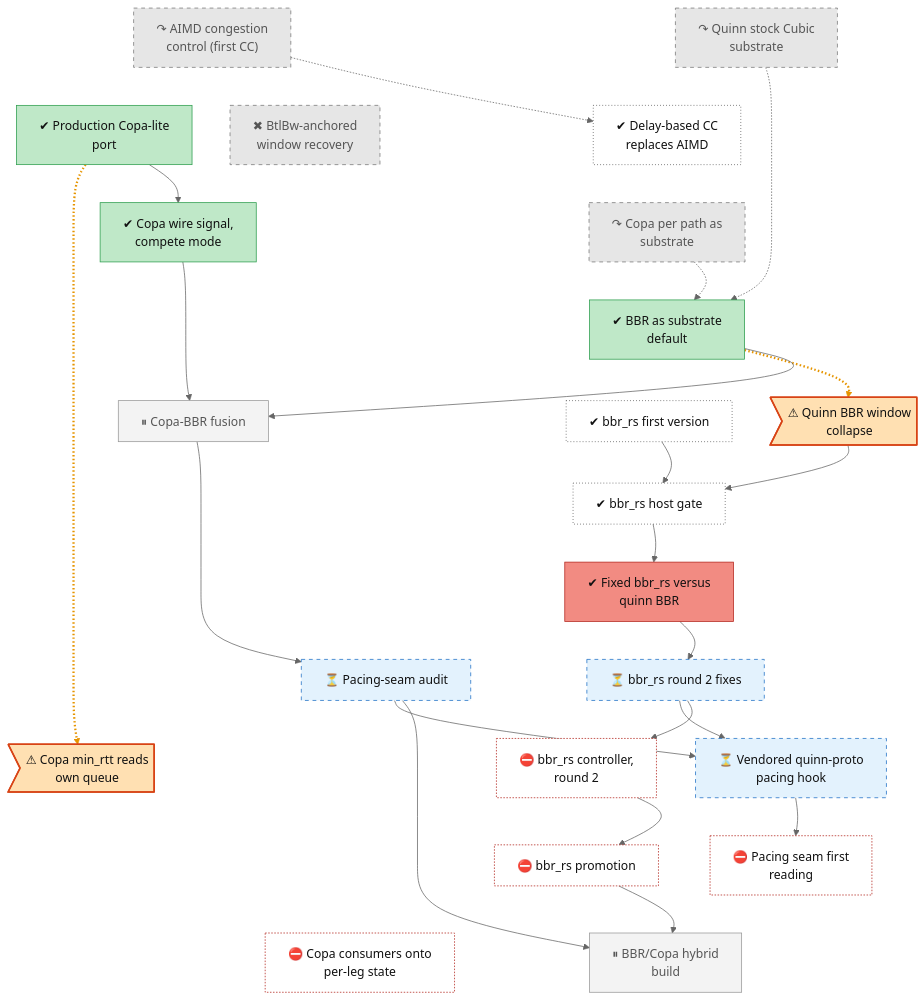
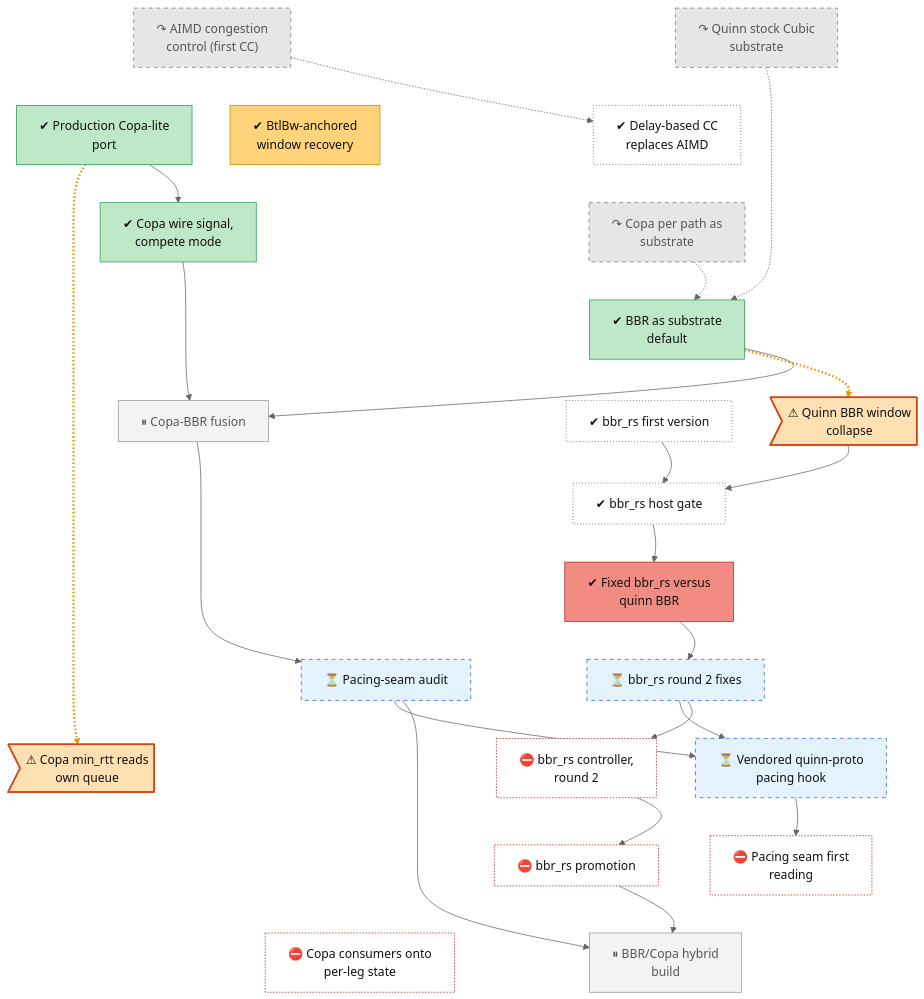
Before and after one commit to lhns/raptorpath: the diagram in docs/roadmap/tracks/cc.md, drawn with Mermaid (neutral theme). The commit also changed other lines of this file and 17 other files, not shown here.

First line of the commit message:
roadmap: apply the merged-roadmap review

```diff
--- a/docs/roadmap/tracks/cc.md
+++ b/docs/roadmap/tracks/cc.md
@@ -13,7 +13,7 @@
     cc_aimd_v1["↷ AIMD congestion<br/>control (first CC)"]
     cc_early_delay_cc["✔ Delay-based CC<br/>replaces AIMD"]
     cc_copa_lite["✔ Production Copa-lite<br/>port"]
-    cc_btlbw_recovery["✖ BtlBw-anchored<br/>window recovery"]
+    cc_btlbw_recovery["✔ BtlBw-anchored<br/>window recovery"]
     cc_copa_sole_substrate["↷ Copa per path as<br/>substrate"]
     cc_copa_wire_signal["✔ Copa wire signal,<br/>compete mode"]
     cc_bbr_default["✔ BBR as substrate<br/>default"]
@@ -90,9 +90,10 @@
     classDef userdec fill:#d9c2f0,stroke:#7b3fb5,color:#111
     classDef defect fill:#ffe0b2,stroke:#d84315,stroke-width:2px,color:#111
     classDef waiting fill:#e3f2fd,stroke:#1f6fc5,stroke-dasharray:5 5,color:#111
-    class cc_cubic_substrate,cc_aimd_v1,cc_btlbw_recovery,cc_copa_sole_substrate dead
+    class cc_cubic_substrate,cc_aimd_v1,cc_copa_sole_substrate dead
     class cc_early_delay_cc,cc_bbrrs_v1,cc_s48_host_gate unrated
     class cc_copa_lite,cc_copa_wire_signal,cc_bbr_default succ
+    class cc_btlbw_recovery mixed
     class cc_adr68_fusion,cc_hybrid parked
     class cc_quinn_bbr_collapse,cc_defect_copa_minrtt defect
     class cc_bbrrs_r1 bad
```
